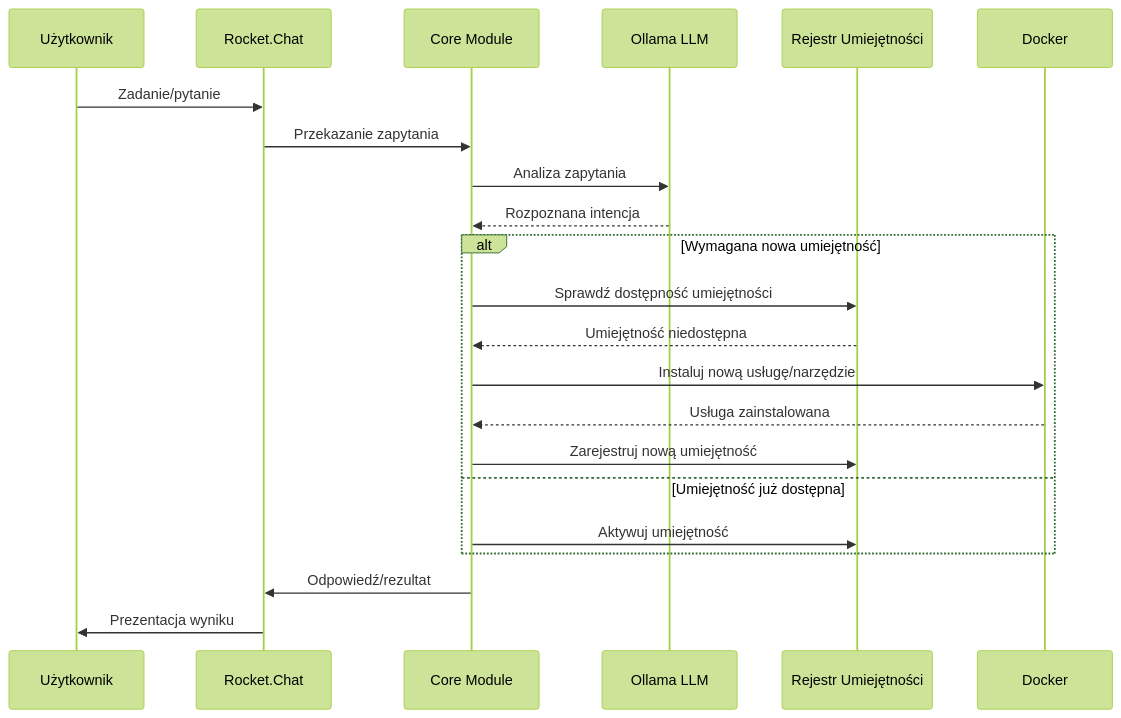
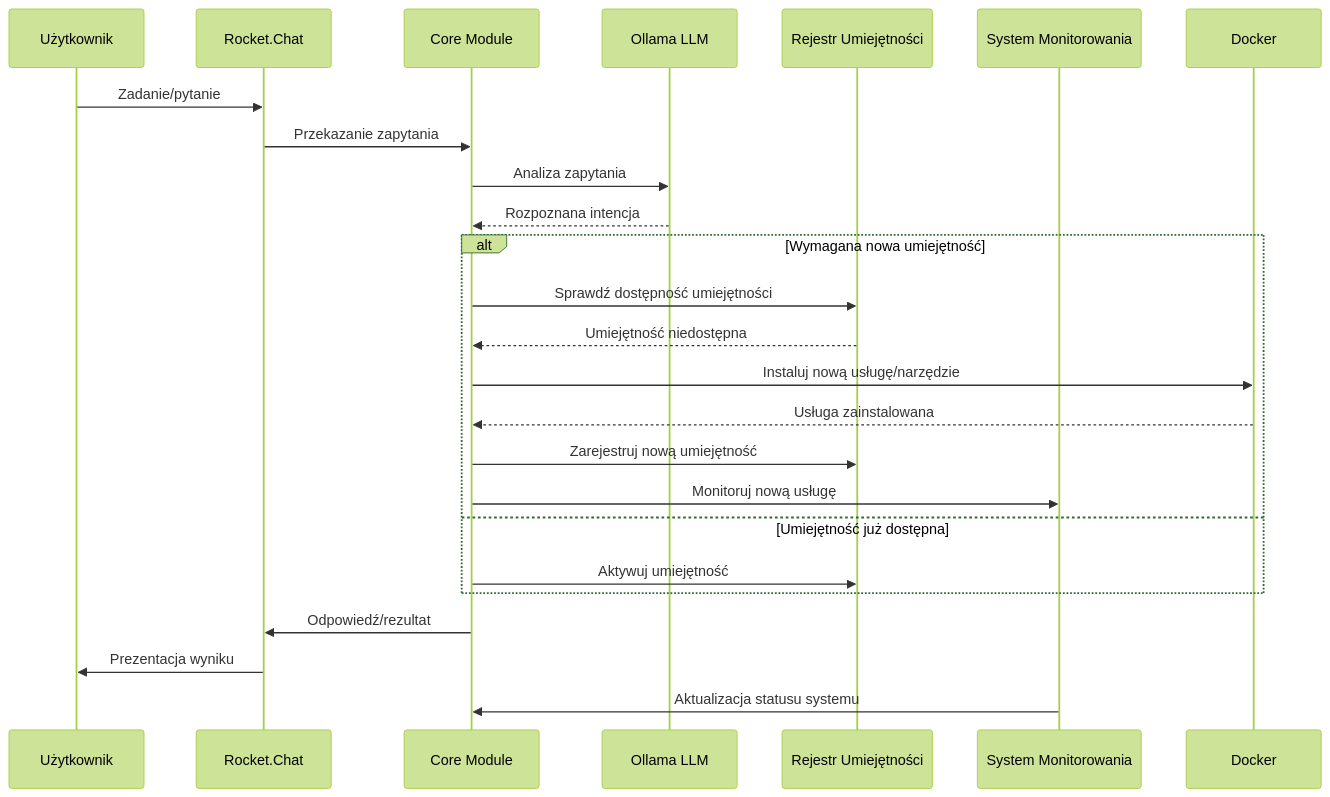
The second of 4 diagrams in documentation.md (tom-sapletta-com/autodev), drawn with Mermaid (forest theme) before and after one commit. The commit also changed other lines of this file and 4 other files, not shown here.

````diff
--- a/documentation.md
+++ b/documentation.md
@@ -37,27 +44,30 @@
 ```mermaid
 sequenceDiagram
     participant User as Użytkownik
     participant Chat as Rocket.Chat
     participant Core as Core Module
     participant LLM as Ollama LLM
     participant Registry as Rejestr Umiejętności
+    participant Monitor as System Monitorowania
     participant Docker as Docker
 
     User->>Chat: Zadanie/pytanie
     Chat->>Core: Przekazanie zapytania
     Core->>LLM: Analiza zapytania
     LLM-->>Core: Rozpoznana intencja
     
     alt Wymagana nowa umiejętność
         Core->>Registry: Sprawdź dostępność umiejętności
         Registry-->>Core: Umiejętność niedostępna
         Core->>Docker: Instaluj nową usługę/narzędzie
         Docker-->>Core: Usługa zainstalowana
         Core->>Registry: Zarejestruj nową umiejętność
+        Core->>Monitor: Monitoruj nową usługę
     else Umiejętność już dostępna
         Core->>Registry: Aktywuj umiejętność
     end
     
     Core->>Chat: Odpowiedź/rezultat
     Chat->>User: Prezentacja wyniku
+    Monitor->>Core: Aktualizacja statusu systemu
 ```
````
